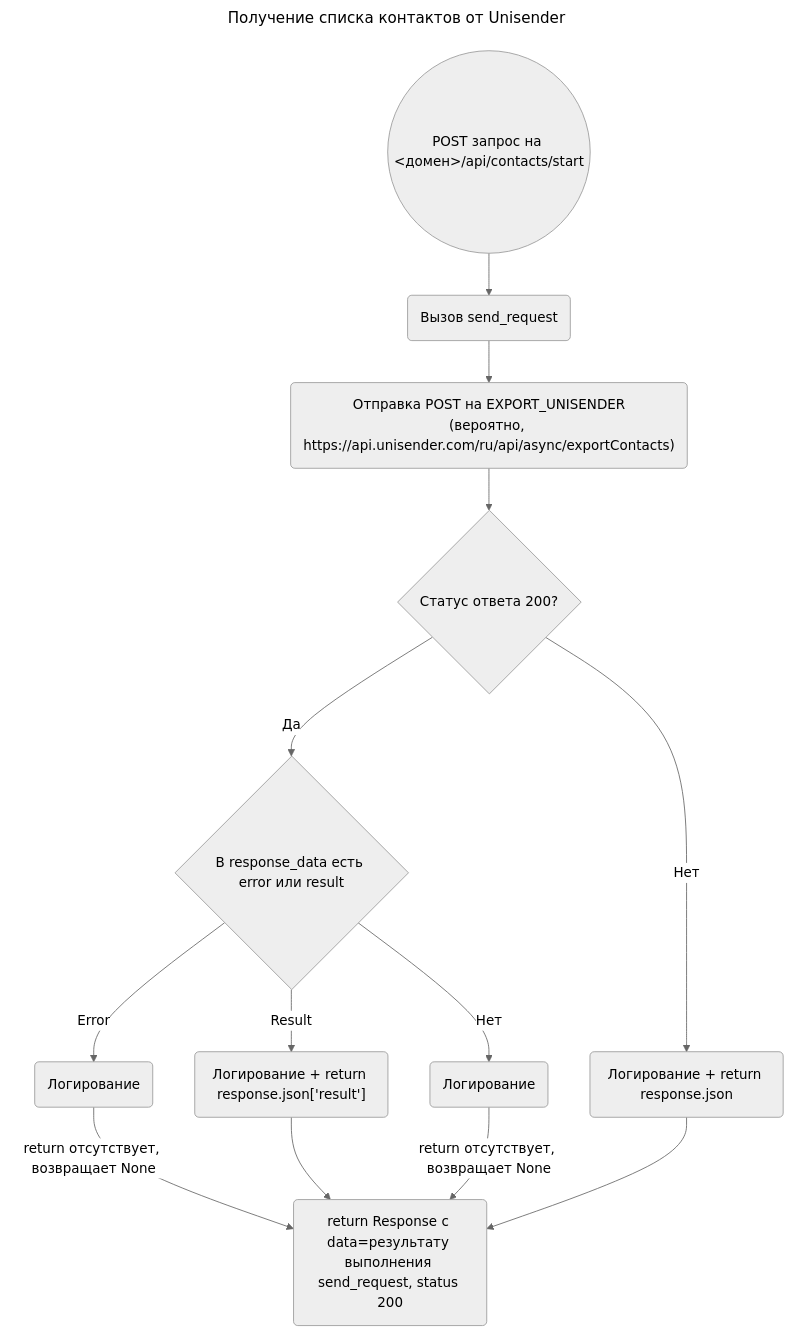
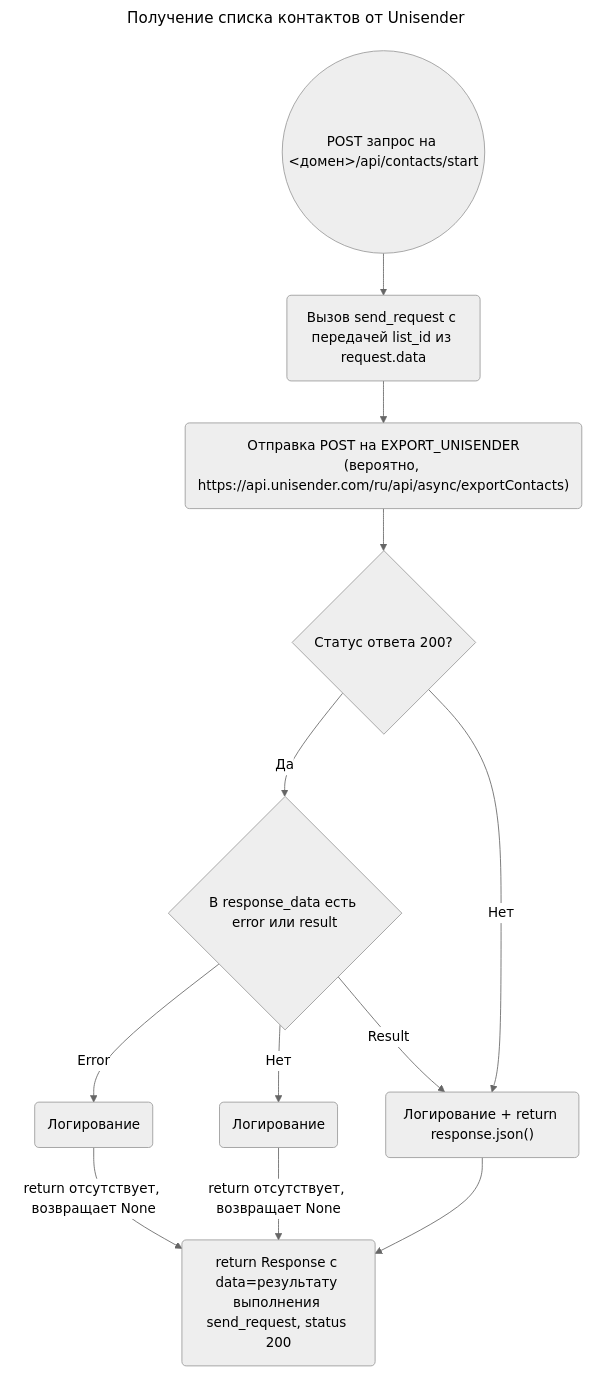
The second of 5 diagrams in docs/project_description.md (nko-nzhkc/nko), drawn with Mermaid (neutral theme) before and after one commit. The commit also changed other lines of this file, not shown here.

````diff
--- a/docs/project_description.md
+++ b/docs/project_description.md
@@ -72,24 +71,23 @@
 ```mermaid
 ---
 title: Получение списка контактов от Unisender
 ---
 flowchart TD
-A(POST запрос на <br><домен>/api/contacts/start)@{shape: circle} --> B(Вызов send_request)
+A(POST запрос на <br><домен>/api/contacts/start)@{shape: circle} --> B(Вызов send_request c передачей list_id из request.data)
 B --> C("Отправка POST на EXPORT_UNISENDER<br>(вероятно, https://api.unisender.com/ru/api/async/exportContacts)")
 C --> D
 
 D{Статус ответа 200?}
 D -->|Да| D1{В response_data есть error или result}
     D1 -->|Error| D1a(Логирование)
         D1a --> |return отсутствует, возвращает None| E
-    D1 -->|Result| D1b("Логирование + return response.json['result']")
-        D1b --> E
     D1 -->|Нет| D1c(Логирование)
         D1c --> |return отсутствует, возвращает None| E
+    D1 -->|Result| D2
 
-D -->|Нет| D2(Логирование + return response.json)
+D -->|Нет| D2("Логирование + return response.json()")
     D2 --> E
 
 E(return Response с data=результату выполнения send_request, status 200)
 
 ```
````
